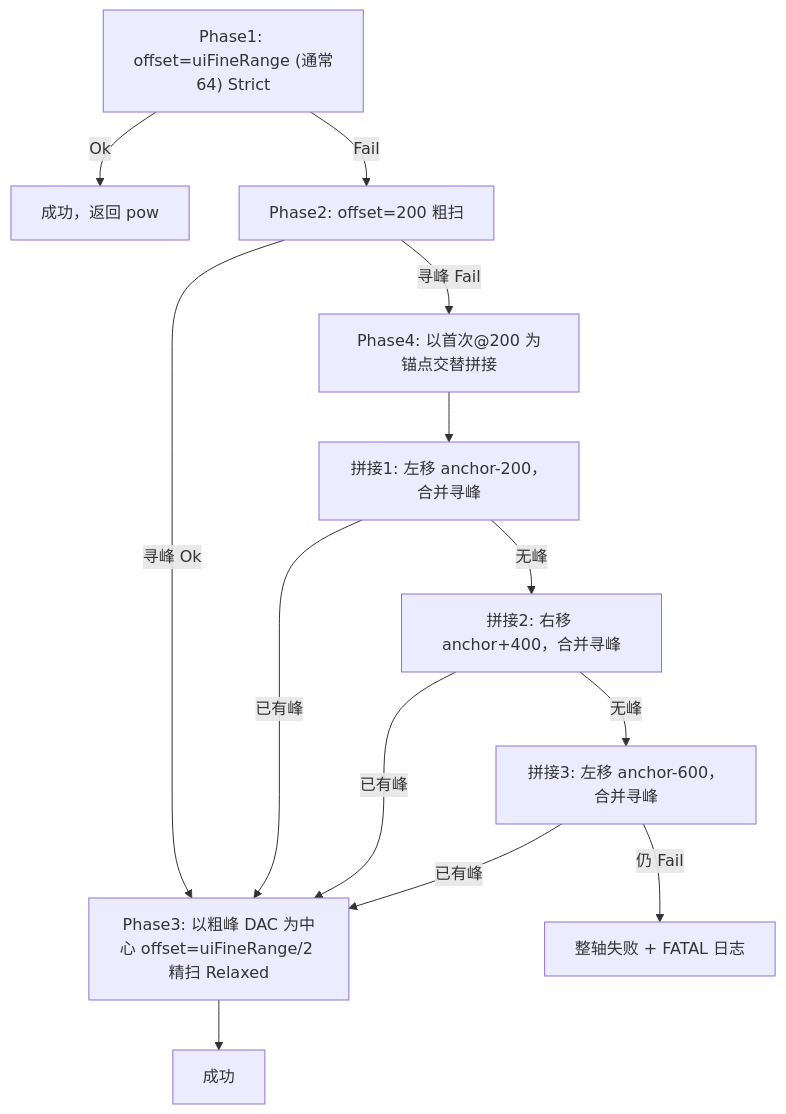
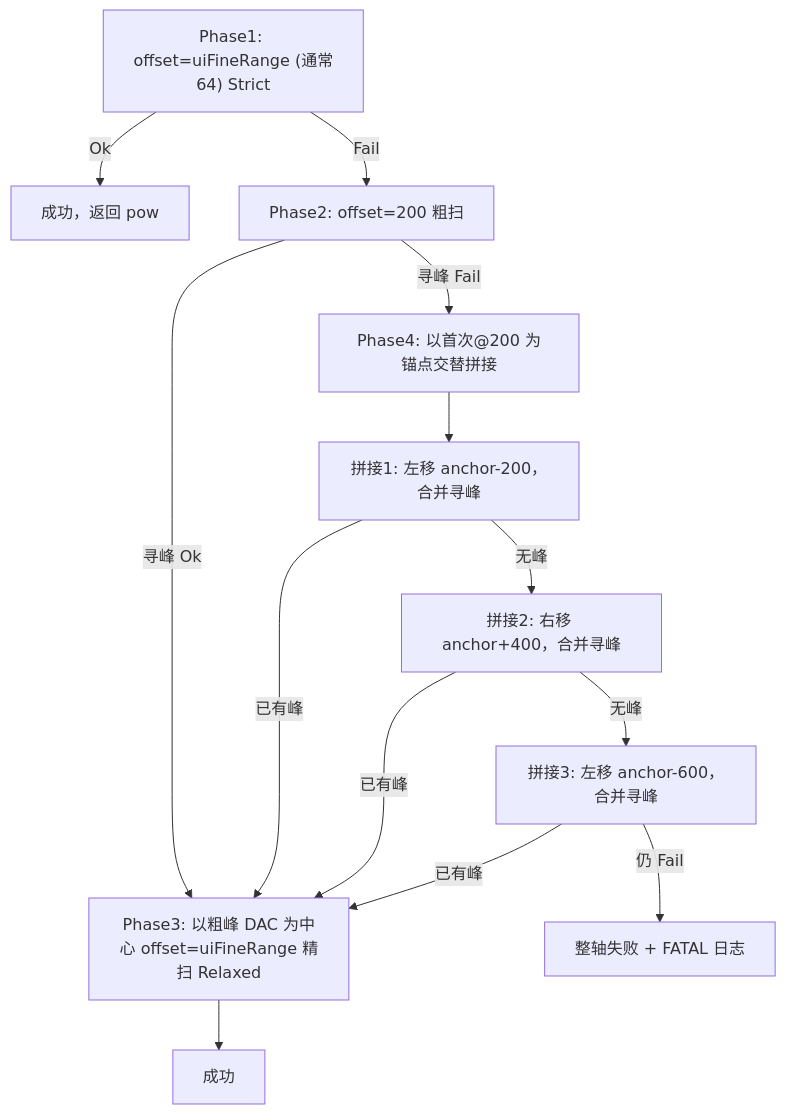
Before and after one commit to JacobLiou/Molex.OSBU.Module.M576Tool: the diagram in doc/拼接式扫频重试算法.md, drawn with Mermaid. The commit also changed other lines of this file and 5 other files, not shown here.

````diff
--- a/doc/拼接式扫频重试算法.md
+++ b/doc/拼接式扫频重试算法.md
@@ -26,15 +26,15 @@
 ```mermaid
 flowchart TD
   A["Phase1: offset=uiFineRange (通常64) Strict"] -->|Ok| OK64[成功，返回 pow]
   A -->|Fail| B["Phase2: offset=200 粗扫"]
-  B -->|寻峰 Ok| C["Phase3: 以粗峰 DAC 为中心 offset=uiFineRange/2 精扫 Relaxed"]
+  B -->|寻峰 Ok| C["Phase3: 以粗峰 DAC 为中心 offset=uiFineRange 精扫 Relaxed"]
   C --> OKfine[成功]
   B -->|寻峰 Fail| D["Phase4: 以首次@200 为锚点交替拼接"]
   D --> S1["拼接1: 左移 anchor-200，合并寻峰"]
   S1 -->|已有峰| C
   S1 -->|无峰| S2["拼接2: 右移 anchor+400，合并寻峰"]
   S2 -->|已有峰| C
   S2 -->|无峰| S3["拼接3: 左移 anchor-600，合并寻峰"]
   S3 -->|已有峰| C
   S3 -->|仍 Fail| FAIL["整轴失败 + FATAL 日志"]
 ```
````
